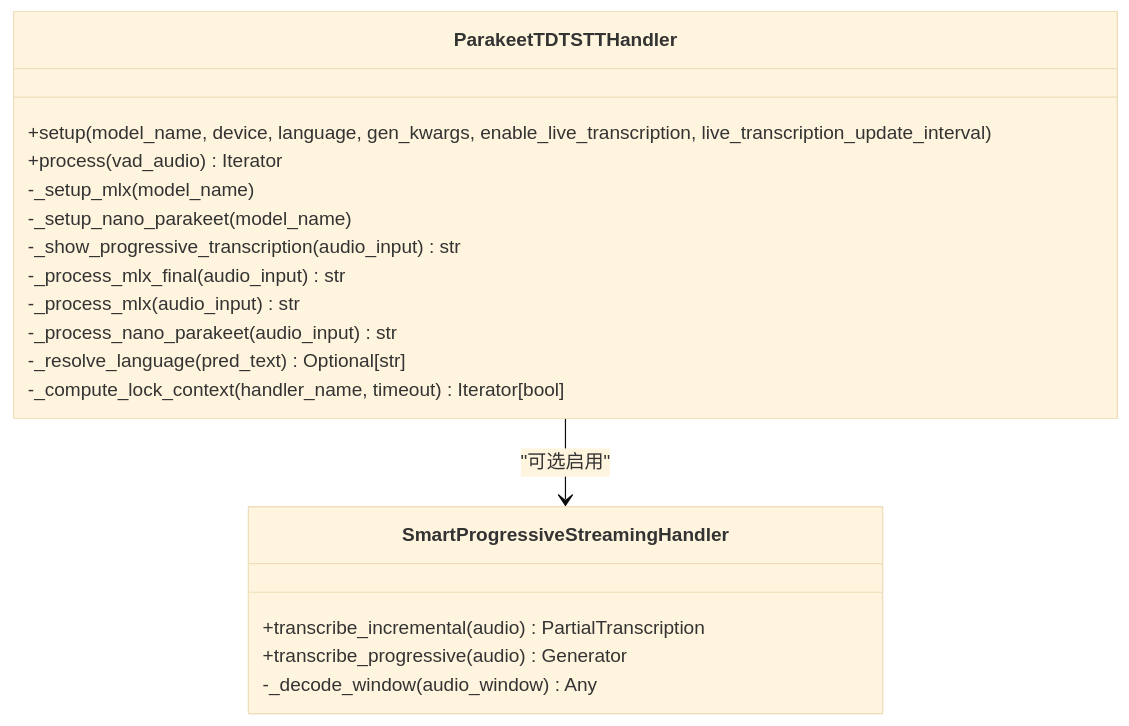
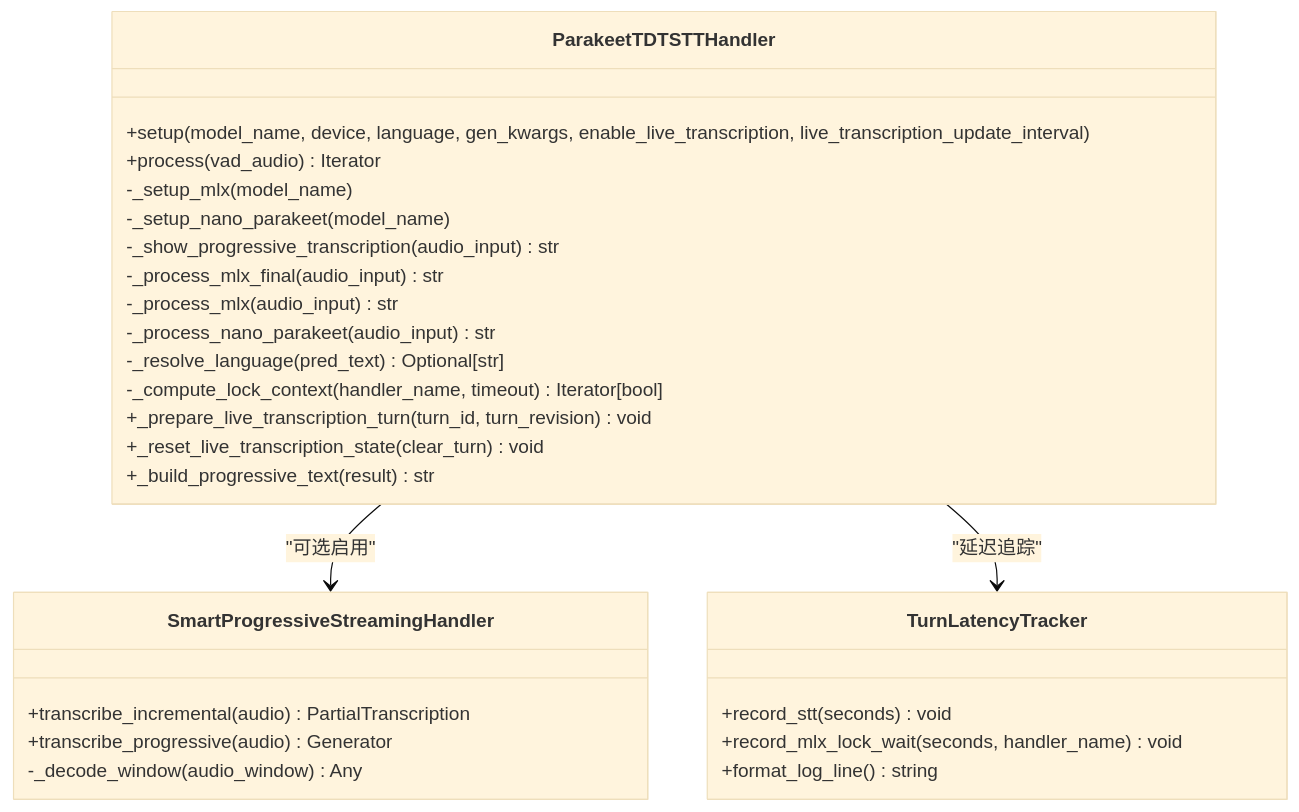
Before and after one commit to joezxh/speech-to-speech: the fourth of 7 diagrams in .qoder/repowiki/zh/content/语音转文字 (STT)/语音转文字 (STT).md, drawn with Mermaid (base theme). The commit also changed other lines of this file and 1743 other files, not shown here.

````diff
--- a/.qoder/repowiki/zh/content/语音转文字 (STT)/语音转文字 (STT).md
+++ b/.qoder/repowiki/zh/content/语音转文字 (STT)/语音转文字 (STT).md
@@ -192,21 +219,30 @@
 ```mermaid
 classDiagram
 class ParakeetTDTSTTHandler {
 +setup(model_name, device, language, gen_kwargs, enable_live_transcription, live_transcription_update_interval)
 +process(vad_audio) Iterator
 -_setup_mlx(model_name)
 -_setup_nano_parakeet(model_name)
 -_show_progressive_transcription(audio_input) str
 -_process_mlx_final(audio_input) str
 -_process_mlx(audio_input) str
 -_process_nano_parakeet(audio_input) str
 -_resolve_language(pred_text) Optional[str]
 -_compute_lock_context(handler_name, timeout) Iterator[bool]
++_prepare_live_transcription_turn(turn_id, turn_revision) void
++_reset_live_transcription_state(clear_turn) void
++_build_progressive_text(result) str
 }
 class SmartProgressiveStreamingHandler {
 +transcribe_incremental(audio) PartialTranscription
 +transcribe_progressive(audio) Generator
 -_decode_window(audio_window) Any
 }
+class TurnLatencyTracker {
++record_stt(seconds) void
++record_mlx_lock_wait(seconds, handler_name) void
++format_log_line() string
+}
 ParakeetTDTSTTHandler --> SmartProgressiveStreamingHandler : "可选启用"
+ParakeetTDTSTTHandler --> TurnLatencyTracker : "延迟追踪"
 ```
````
